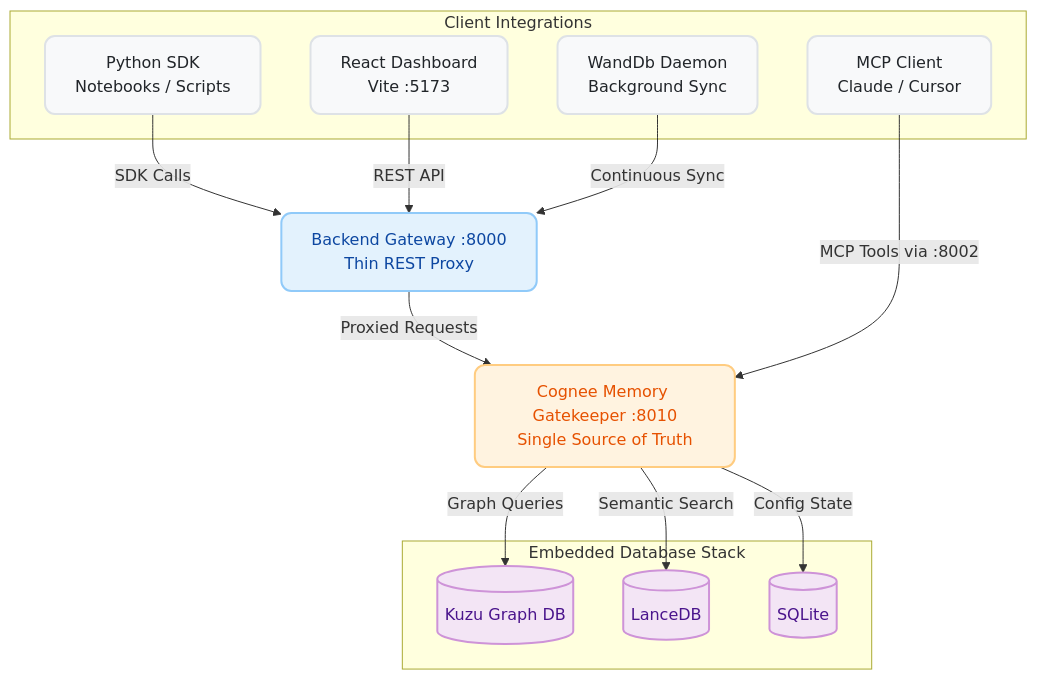
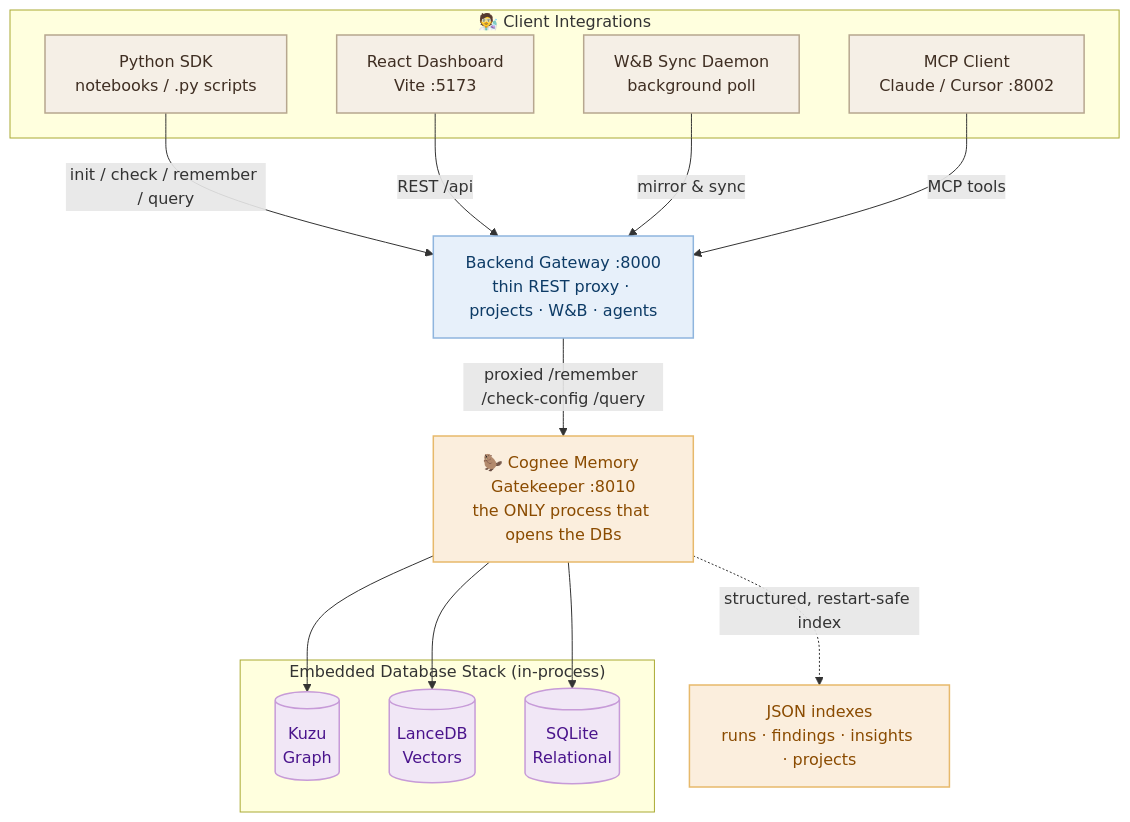
One commit to Team-Moov/cognee-hackathon changed the first of 7 diagrams in README.md. Above: the diagram before and after it, drawn with Mermaid. The commit also changed other lines of this file, not shown here.

````diff
--- a/README.md
+++ b/README.md
@@ -39,40 +112,35 @@
 ```mermaid
 graph TD
-    %% Define styles
-    classDef client fill:#f8f9fa,stroke:#dee2e6,stroke-width:2px,color:#212529,rx:10px,ry:10px;
-    classDef gateway fill:#e3f2fd,stroke:#90caf9,stroke-width:2px,color:#0d47a1,rx:10px,ry:10px;
-    classDef core fill:#fff3e0,stroke:#ffcc80,stroke-width:2px,color:#e65100,rx:10px,ry:10px;
-    classDef db fill:#f3e5f5,stroke:#ce93d8,stroke-width:2px,color:#4a148c,rx:10px,ry:10px;
+    classDef client fill:#F5EFE6,stroke:#B7A78F,stroke-width:1.5px,color:#3F2E22;
+    classDef gateway fill:#E7F0FA,stroke:#8FB5DE,stroke-width:1.5px,color:#0D3B66;
+    classDef core fill:#FBEEDD,stroke:#E7B96B,stroke-width:1.5px,color:#8A4B00;
+    classDef db fill:#F1E7F6,stroke:#C79BD8,stroke-width:1.5px,color:#4A148C;
 
-    %% Client Layer
-    subgraph Clients["Client Integrations"]
-        A[Python SDK<br>Notebooks / Scripts]:::client
-        B[React Dashboard<br>Vite :5173]:::client
-        C[MCP Client<br>Claude / Cursor]:::client
-        D[WandDb Daemon<br>Background Sync]:::client
+    subgraph Clients["🧑‍🔬 Client Integrations"]
+        A["Python SDK<br/>notebooks / .py scripts"]:::client
+        B["React Dashboard<br/>Vite :5173"]:::client
+        C["MCP Client<br/>Claude / Cursor :8002"]:::client
+        D["W&B Sync Daemon<br/>background poll"]:::client
     end
 
-    %% API Gateway Layer
-    E[Backend Gateway :8000<br>Thin REST Proxy]:::gateway
-    
-    %% Core Engine
-    F[Cognee Memory Gatekeeper :8010<br>Single Source of Truth]:::core
+    E["Backend Gateway :8000<br/>thin REST proxy · projects · W&B · agents"]:::gateway
+    F["🦫 Cognee Memory Gatekeeper :8010<br/>the ONLY process that opens the DBs"]:::core
 
-    %% Storage Layer
-    subgraph Storage["Embedded Database Stack"]
-        G[(Kuzu Graph DB)]:::db
-        H[(LanceDB)]:::db
-        I[(SQLite)]:::db
+    subgraph Storage["Embedded Database Stack (in‑process)"]
+        G[("Kuzu<br/>Graph")]:::db
+        H[("LanceDB<br/>Vectors")]:::db
+        I[("SQLite<br/>Relational")]:::db
     end
 
-    %% Connections
-    A -->|SDK Calls| E
-    B -->|REST API| E
-    D -->|Continuous Sync| E
-    E -->|Proxied Requests| F
-    C -->|MCP Tools via :8002| F
+    A -->|"init / check / remember / query"| E
+    B -->|REST /api| E
+    D -->|mirror & sync| E
+    E -->|"proxied /remember /check-config /query"| F
+    C -->|MCP tools| E
 
-    F -->|Graph Queries| G
-    F -->|Semantic Search| H
-    F -->|Config State| I
+    F --> G
+    F --> H
+    F --> I
+
+    F -. "structured, restart‑safe index" .-> J["JSON indexes<br/>runs · findings · insights · projects"]:::core
 ```
````
